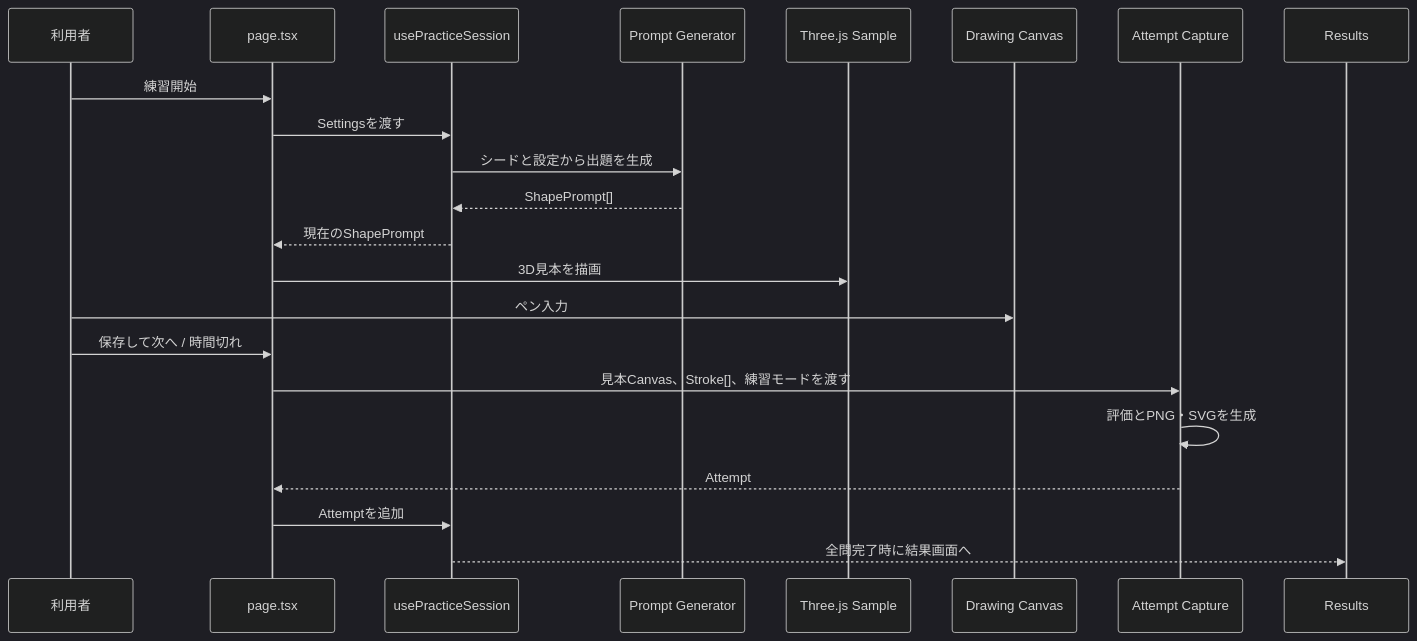
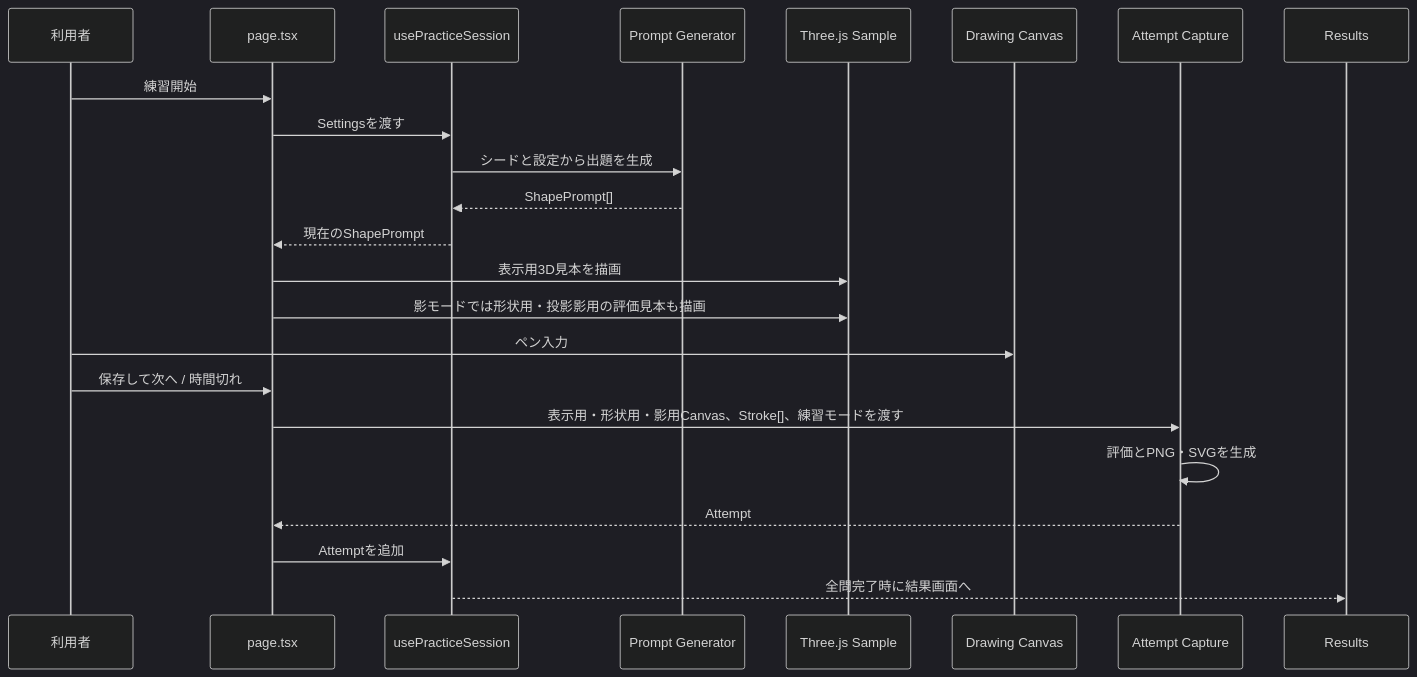
One commit to rikuru-sys/SolidDrawing changed the second of 4 diagrams in docs/ARCHITECTURE.md. Above: the diagram before and after it, drawn with Mermaid (dark theme). The commit also changed other lines of this file and 37 other files, not shown here.

````diff
--- a/docs/ARCHITECTURE.md
+++ b/docs/ARCHITECTURE.md
@@ -153,25 +153,26 @@
 ```mermaid
 sequenceDiagram
     participant U as 利用者
     participant P as page.tsx
     participant S as usePracticeSession
     participant G as Prompt Generator
     participant T as Three.js Sample
     participant D as Drawing Canvas
     participant C as Attempt Capture
     participant R as Results
 
     U->>P: 練習開始
     P->>S: Settingsを渡す
     S->>G: シードと設定から出題を生成
     G-->>S: ShapePrompt[]
     S-->>P: 現在のShapePrompt
-    P->>T: 3D見本を描画
+    P->>T: 表示用3D見本を描画
+    P->>T: 影モードでは形状用・投影影用の評価見本も描画
     U->>D: ペン入力
     U->>P: 保存して次へ / 時間切れ
-    P->>C: 見本Canvas、Stroke[]、練習モードを渡す
+    P->>C: 表示用・形状用・影用Canvas、Stroke[]、練習モードを渡す
     C->>C: 評価とPNG・SVGを生成
     C-->>P: Attempt
     P->>S: Attemptを追加
     S-->>R: 全問完了時に結果画面へ
 ```
````
